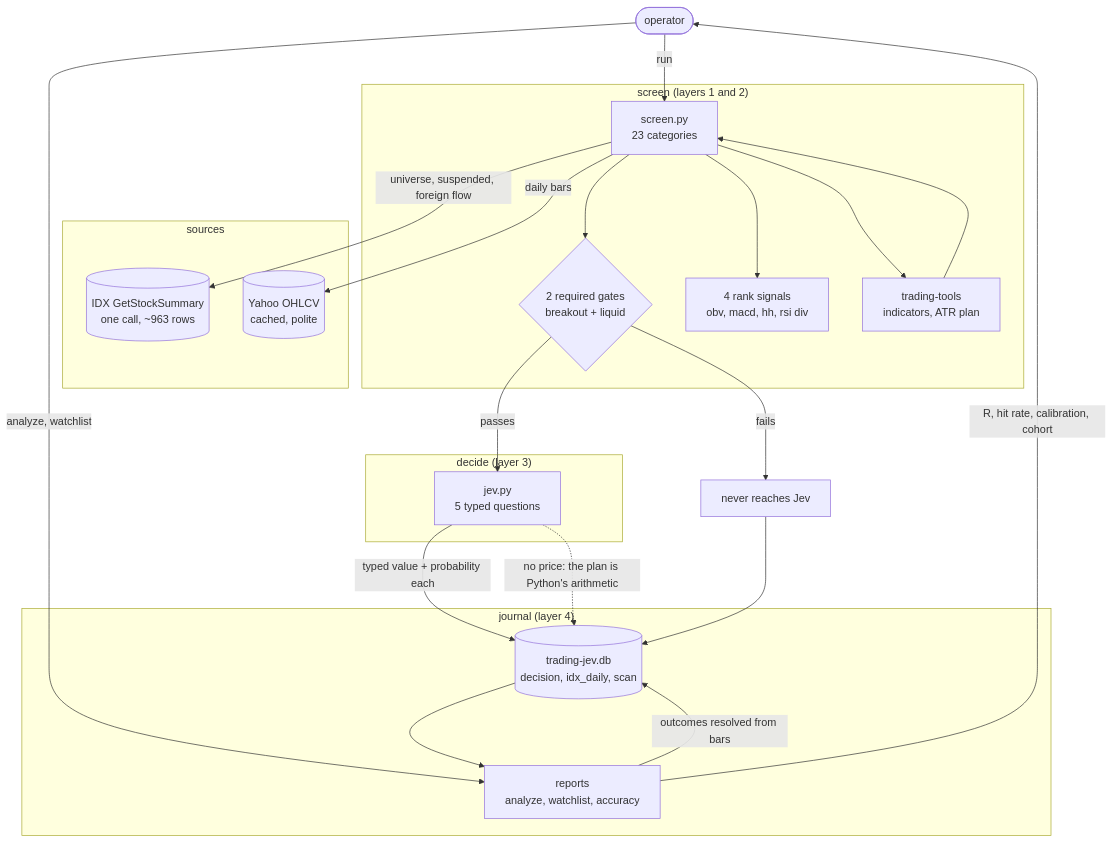
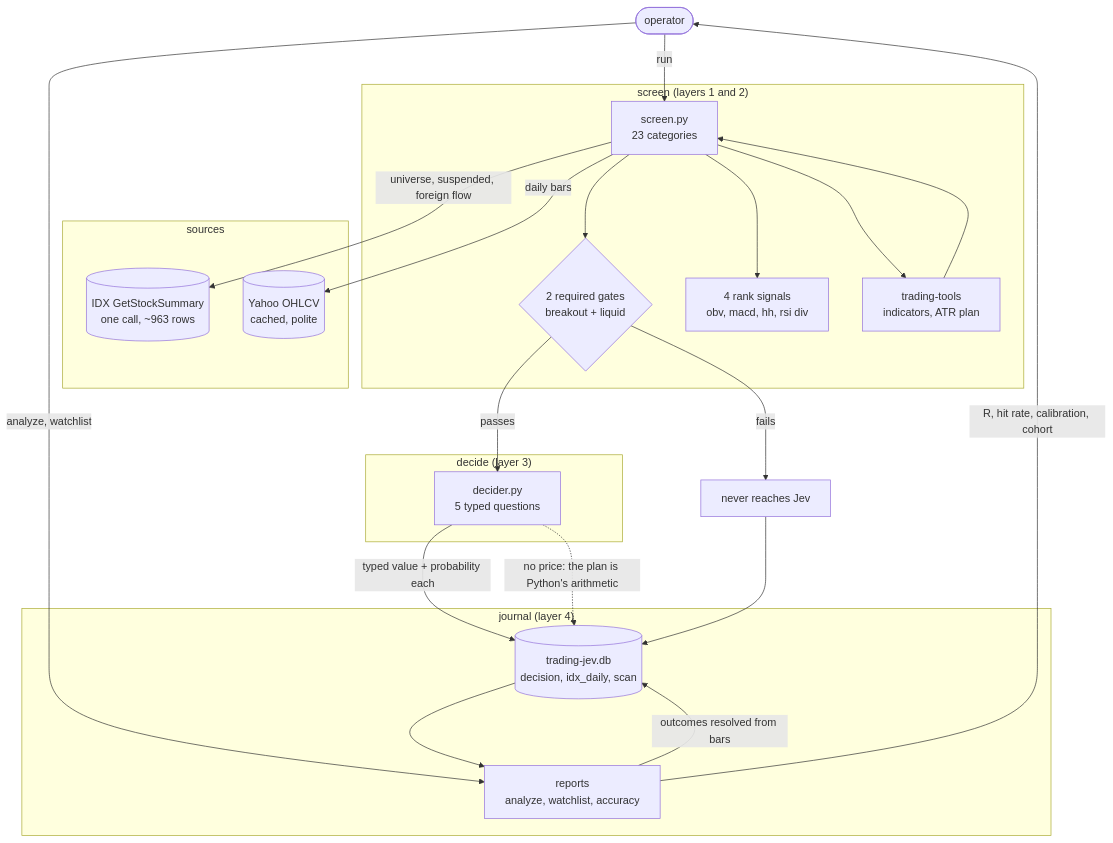
One commit to mariobgsp/trading-jev changed the first of 2 diagrams in README.md. Above: the diagram before and after it, drawn with Mermaid. The commit also changed other lines of this file and 11 other files, not shown here.

````diff
--- a/README.md
+++ b/README.md
@@ -59,37 +60,37 @@
 ```mermaid
 flowchart TD
     OP(["operator"])
     subgraph SRC["sources"]
         IDX[("IDX GetStockSummary<br/>one call, ~963 rows")]
         YF[("Yahoo OHLCV<br/>cached, polite")]
     end
     subgraph LAYER2["screen (layers 1 and 2)"]
         SC["screen.py<br/>23 categories"]
         GATES{"2 required gates<br/>breakout + liquid"}
         RANK["4 rank signals<br/>obv, macd, hh, rsi div"]
         TT["trading-tools<br/>indicators, ATR plan"]
     end
     subgraph DECIDE["decide (layer 3)"]
-        JV["jev.py<br/>5 typed questions"]
+        JV["decider.py<br/>5 typed questions"]
     end
     subgraph LAYER4["journal (layer 4)"]
         DB[("trading-jev.db<br/>decision, idx_daily, scan")]
         RP["reports<br/>analyze, watchlist, accuracy"]
     end
     OP -->|run| SC
     SC -->|universe, suspended, foreign flow| IDX
     SC -->|daily bars| YF
     SC --> TT
     TT --> SC
     SC --> GATES
     SC --> RANK
     GATES -->|passes| JV
     JV -->|typed value + probability each| DB
     JV -.->|"no price: the plan is Python's arithmetic"| DB
     GATES -->|fails| SKIP["never reaches Jev"]
     SKIP --> DB
     OP -->|analyze, watchlist| RP
     RP -->|outcomes resolved from bars| DB
     DB --> RP
     RP -->|R, hit rate, calibration, cohort| OP
 ```
````
